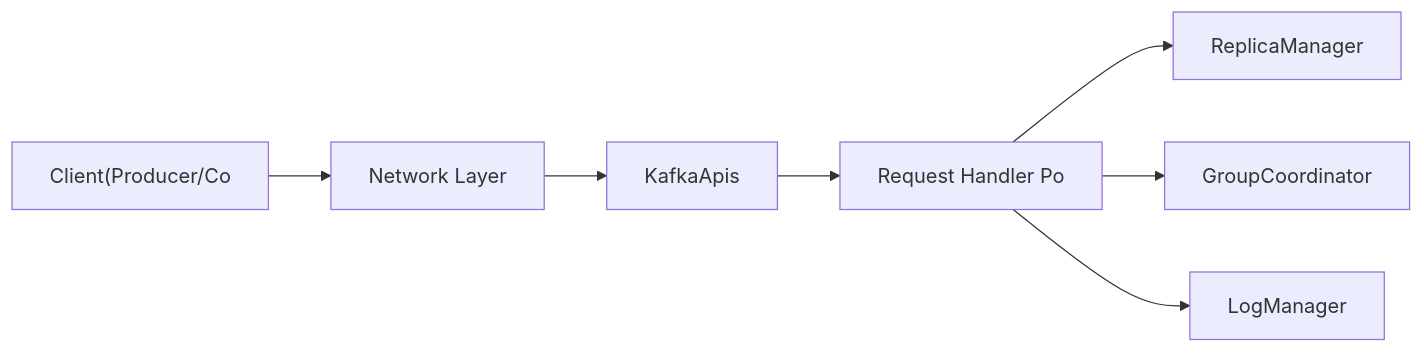
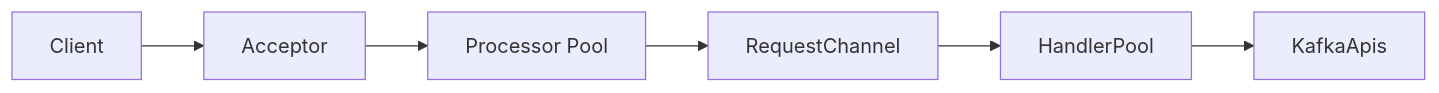
The first of 7 diagrams in _posts/kafka/2026-05-01-kafka-broker-deep.md (yjkim2015/yjkim2015.github.io), drawn with Mermaid before and after one commit. The commit also changed other lines of this file and 4 other files, not shown here.

First line of the commit message:
5개 포스트 시니어급 심화 (Spring Async/Resilience, Kafka Broker, DB Pool/Locks)

````diff
--- a/_posts/kafka/2026-05-01-kafka-broker-deep.md
+++ b/_posts/kafka/2026-05-01-kafka-broker-deep.md
@@ -42,8 +30,8 @@
 ```mermaid
-flowchart LR
-    CLIENT["Client(Producer/Co"] --> NET["Network Layer"]
-    NET --> API["KafkaApis"] --> POOL["Request Handler Po"]
-    POOL --> RM["ReplicaManager"]
-    POOL --> GC["GroupCoordinator"]
-    POOL --> LM["LogManager"]
+graph LR
+    C["Client"] --> A["Acceptor"]
+    A --> P["Processor Pool"]
+    P --> RC["RequestChannel"]
+    RC --> H["HandlerPool"]
+    H --> API["KafkaApis"]
 ```
````
